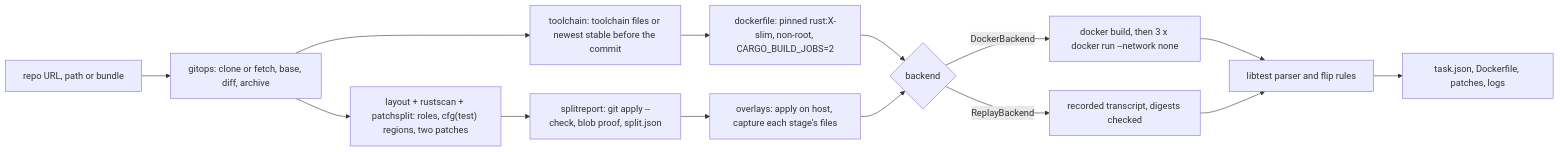
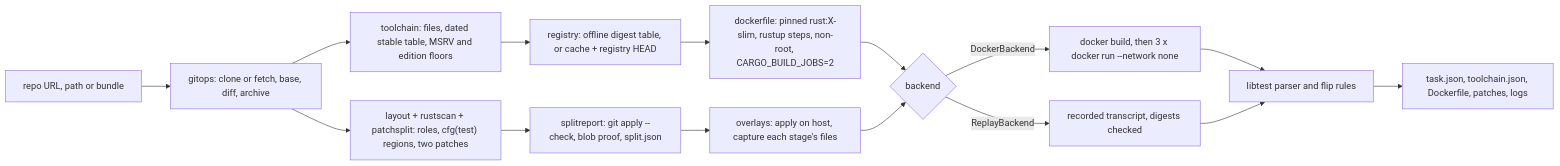
The diagram in README.md (vipul21435/cargorewind), drawn with Mermaid before and after one commit. The commit also changed other lines of this file and 1 other file, not shown here.

First line of the commit message:
docs: document toolchain inference and registry lookup, tick slice 2

````diff
--- a/README.md
+++ b/README.md
@@ -250,16 +372,17 @@
 ```mermaid
 flowchart LR
     SRC["repo URL, path or bundle"] --> GIT["gitops: clone or fetch, base, diff, archive"]
     GIT --> SPLIT["layout + rustscan + patchsplit: roles, cfg(test) regions, two patches"]
     SPLIT --> CHECK["splitreport: git apply --check, blob proof, split.json"]
-    GIT --> TC["toolchain: toolchain files or newest stable before the commit"]
-    TC --> DF["dockerfile: pinned rust:X-slim, non-root, CARGO_BUILD_JOBS=2"]
+    GIT --> TC["toolchain: files, dated stable table, MSRV and edition floors"]
+    TC --> REG["registry: offline digest table, or cache + registry HEAD"]
+    REG --> DF["dockerfile: pinned rust:X-slim, rustup steps, non-root, CARGO_BUILD_JOBS=2"]
     CHECK --> OV["overlays: apply on host, capture each stage's files"]
     DF --> BE{"backend"}
     OV --> BE
     BE -->|DockerBackend| RUN["docker build, then 3 x docker run --network none"]
     BE -->|ReplayBackend| REC["recorded transcript, digests checked"]
     RUN --> LT["libtest parser and flip rules"]
     REC --> LT
-    LT --> OUT["task.json, Dockerfile, patches, logs"]
+    LT --> OUT["task.json, toolchain.json, Dockerfile, patches, logs"]
 ```
````
